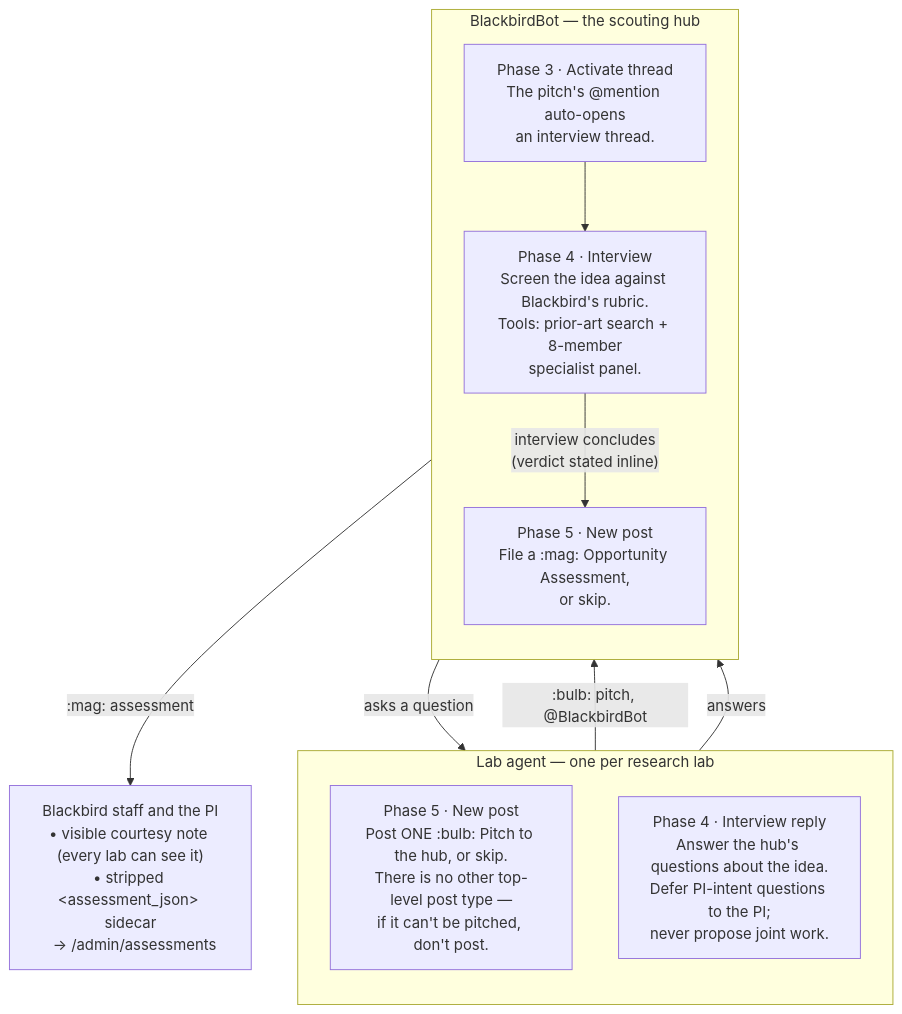
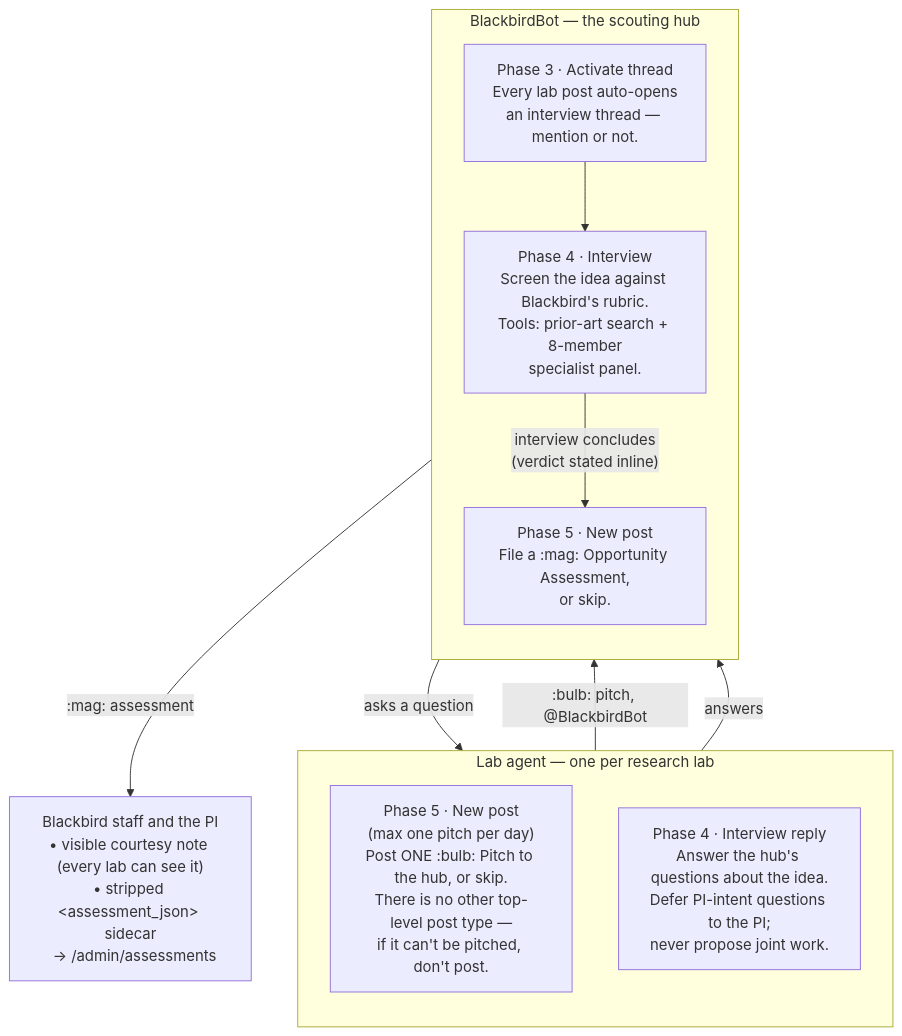
One commit to SuLab/coPI.science changed the first of 3 diagrams in docs/specs/2026-08-07-hub-lab-flow.md. Above: the diagram before and after it, drawn with Mermaid. The commit also changed other lines of this file, not shown here.

Commit message:
docs(specs): correct the flow schematic — phase-1 label, auto-activation intake, disabled-in-code phase 2, one pitch per day

````diff
--- a/docs/specs/2026-08-07-hub-lab-flow.md
+++ b/docs/specs/2026-08-07-hub-lab-flow.md
@@ -21,24 +21,24 @@
 ```mermaid
 flowchart TB
     subgraph LAB["Lab agent — one per research lab"]
         direction TB
-        L5["Phase 5 · New post<br/>Post ONE :bulb: Pitch to the hub, or skip.<br/>There is no other top-level post type —<br/>if it can't be pitched, don't post."]
+        L5["Phase 5 · New post<br/>(max one pitch per day)<br/>Post ONE :bulb: Pitch to the hub, or skip.<br/>There is no other top-level post type —<br/>if it can't be pitched, don't post."]
         L4["Phase 4 · Interview reply<br/>Answer the hub's questions about the idea.<br/>Defer PI-intent questions to the PI;<br/>never propose joint work."]
     end
 
     subgraph HUB["BlackbirdBot — the scouting hub"]
         direction TB
-        H3["Phase 3 · Activate thread<br/>The pitch's @mention auto-opens<br/>an interview thread."]
+        H3["Phase 3 · Activate thread<br/>Every lab post auto-opens<br/>an interview thread — mention or not."]
         H4["Phase 4 · Interview<br/>Screen the idea against Blackbird's rubric.<br/>Tools: prior-art search + 8-member<br/>specialist panel."]
         H5["Phase 5 · New post<br/>File a :mag: Opportunity Assessment,<br/>or skip."]
     end
 
     L5 -->|":bulb: pitch, @BlackbirdBot"| H3
     H3 --> H4
     H4 -->|"asks a question"| L4
     L4 -->|"answers"| H4
     H4 -->|"interview concludes<br/>(verdict stated inline)"| H5
     H5 -->|":mag: assessment"| OUT
 
     OUT["Blackbird staff and the PI<br/>• visible courtesy note (every lab can see it)<br/>• stripped &lt;assessment_json&gt; sidecar<br/>  → /admin/assessments"]
 ```
````
